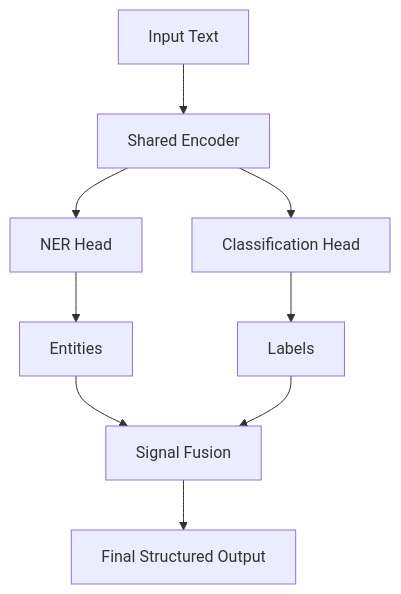
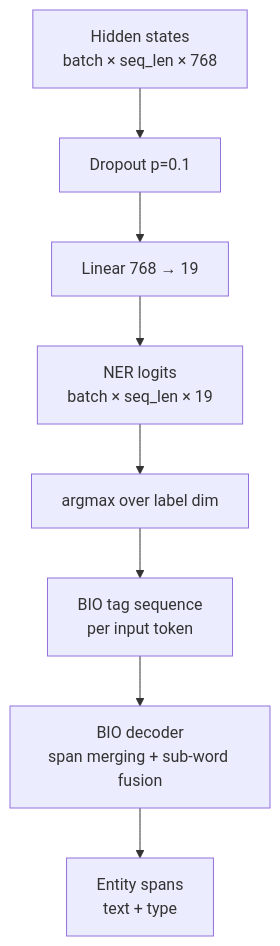
One commit to TrishamBP/TrishamBP.github.io changed the third of 9 diagrams in _research/2026-04-07-quantbridge-energy-intelligence-multitask-nlp.md. Above: the diagram before and after it, drawn with Mermaid. The commit also changed other lines of this file, not shown here.

Commit message:
feat: add Research Articles section with integrated NLP system research article and mermaid rendering support

````diff
--- a/_research/2026-04-07-quantbridge-energy-intelligence-multitask-nlp.md
+++ b/_research/2026-04-07-quantbridge-energy-intelligence-multitask-nlp.md
@@ -126,11 +168,10 @@
 ```mermaid
 graph TD
-    A[Input Text] --> B[Shared Encoder]
-    B --> C[NER Head]
-    B --> D[Classification Head]
-    C --> E[Entities]
-    D --> F[Labels]
-    E --> G[Signal Fusion]
-    F --> G
-    G --> H[Final Structured Output]
+    H[Hidden states<br/>batch × seq_len × 768] --> D[Dropout p=0.1]
+    D --> L[Linear 768 → 19]
+    L --> Log[NER logits<br/>batch × seq_len × 19]
+    Log --> AM[argmax over label dim]
+    AM --> BIO[BIO tag sequence<br/>per input token]
+    BIO --> Dec[BIO decoder<br/>span merging + sub-word fusion]
+    Dec --> Ents[Entity spans<br/>text + type]
 ```
````
